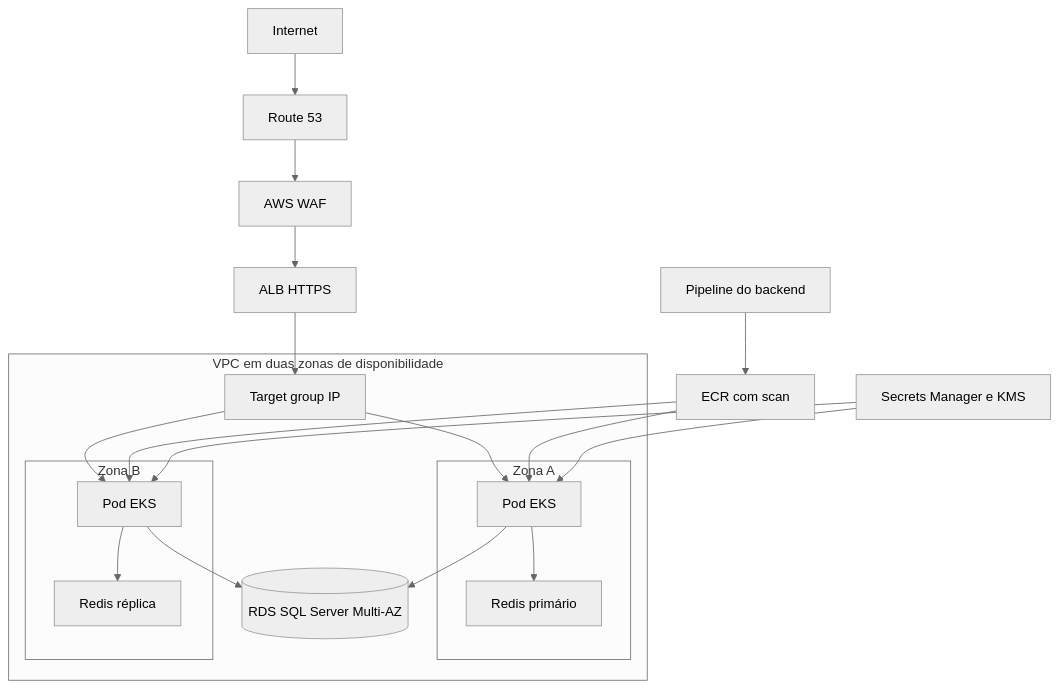
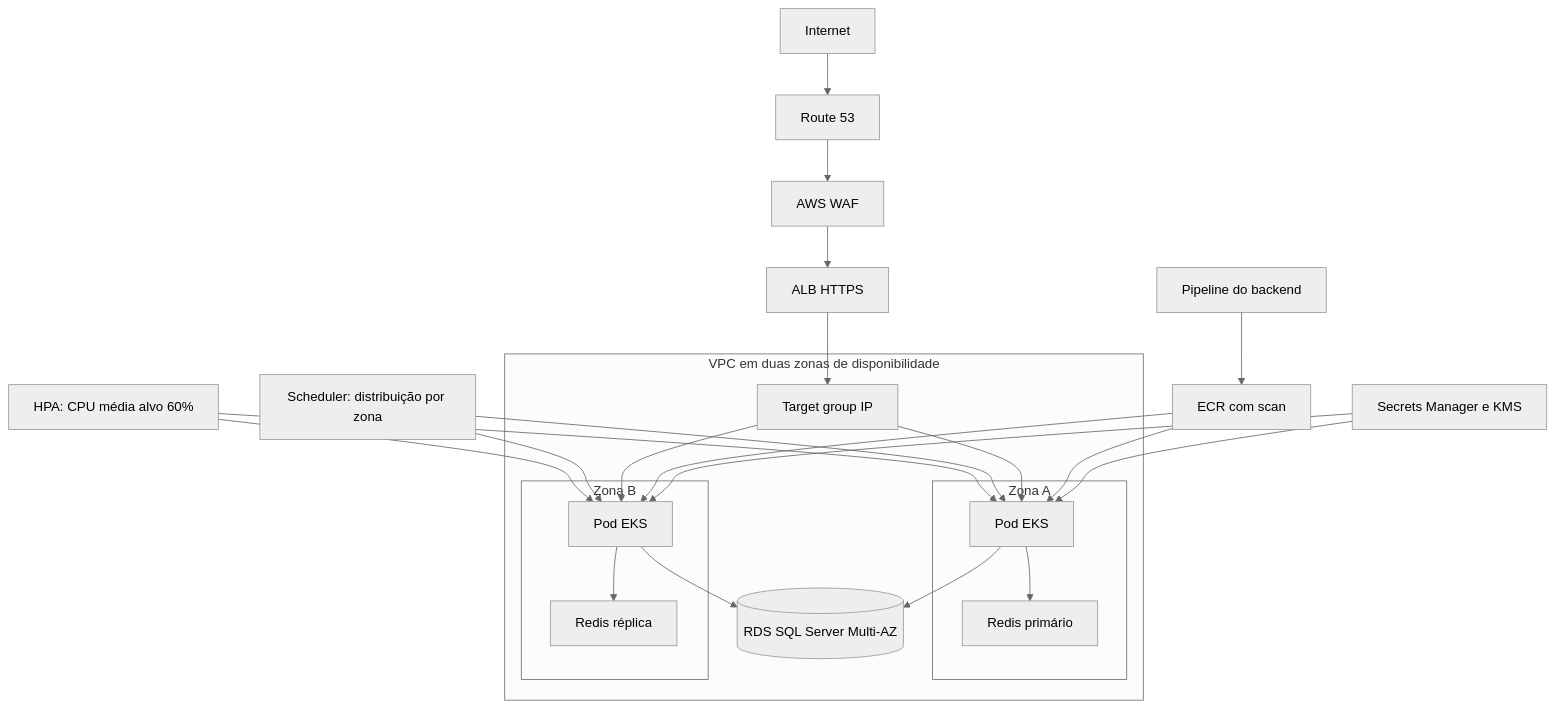
Before and after one commit to wellingtonfds/shipment-tracking-infra: the diagram in architecture/architecture.mmd, drawn with Mermaid (neutral theme). The commit also changed 3 other files, not shown here.

```diff
--- a/architecture/architecture.mmd
+++ b/architecture/architecture.mmd
@@ -1,28 +1,32 @@
 flowchart TB
   Internet --> DNS[Route 53]
   DNS --> WAF[AWS WAF]
   WAF --> ALB[ALB HTTPS]
   ALB --> TG[Target group IP]
+  HPA[HPA: CPU média alvo 60%] --> PodA
+  HPA --> PodB
+  Scheduler[Scheduler: distribuição por zona] --> PodA
+  Scheduler --> PodB
 
   subgraph VPC[VPC em duas zonas de disponibilidade]
     subgraph A[Zona A]
       PodA[Pod EKS]
       RedisA[Redis primário]
     end
     subgraph B[Zona B]
       PodB[Pod EKS]
       RedisB[Redis réplica]
     end
     TG --> PodA
     TG --> PodB
     PodA --> DB[(RDS SQL Server Multi-AZ)]
     PodB --> DB
     PodA --> RedisA
     PodB --> RedisB
   end
 
   Pipeline[Pipeline do backend] --> ECR[ECR com scan]
   ECR --> PodA
   ECR --> PodB
   Secrets[Secrets Manager e KMS] --> PodA
   Secrets --> PodB
```
